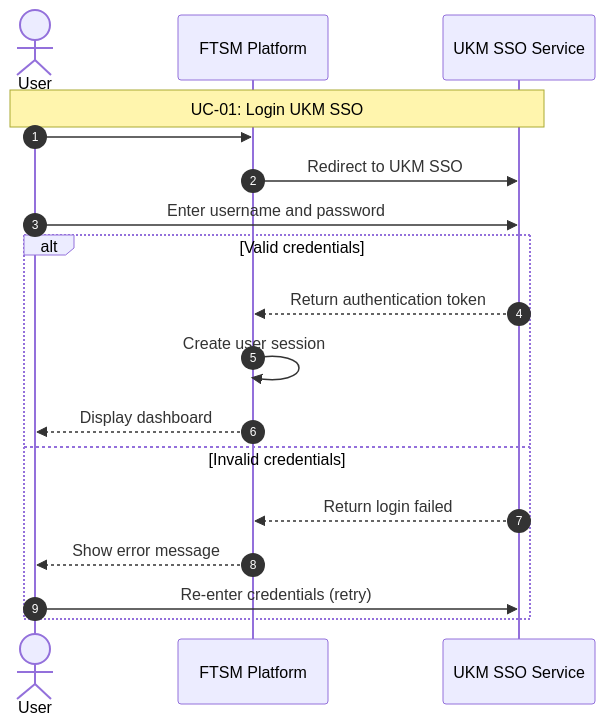
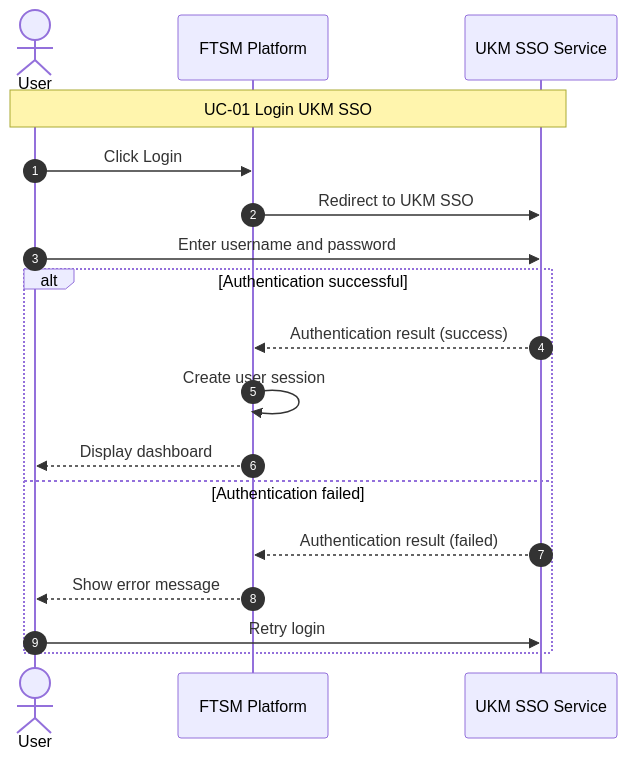
The diagram in all/未命名-1.md (Lifantastic-O/iodraw-files), drawn with Mermaid before and after one commit.

Commit message:
2025-12-18 17:09:33 update

````diff
--- a/all/未命名-1.md
+++ b/all/未命名-1.md
@@ -1,23 +1,23 @@
 ```mermaid
 sequenceDiagram
 autonumber
 actor User
 participant System as FTSM Platform
 participant SSO as UKM SSO Service
 
-Note over User,SSO: UC-01: Login UKM SSO
-User->>System: 
+Note over User,SSO: UC-01 Login UKM SSO
+User->>System: Click Login
 System->>SSO: Redirect to UKM SSO
 User->>SSO: Enter username and password
 
-alt Valid credentials
-SSO-->>System: Return authentication token
+alt Authentication successful
+SSO-->>System: Authentication result (success)
 System->>System: Create user session
 System-->>User: Display dashboard
-else Invalid credentials
-SSO-->>System: Return login failed
+else Authentication failed
+SSO-->>System: Authentication result (failed)
 System-->>User: Show error message
-User->>SSO: Re-enter credentials (retry)
+User->>SSO: Retry login
 end
 
 ```
````
